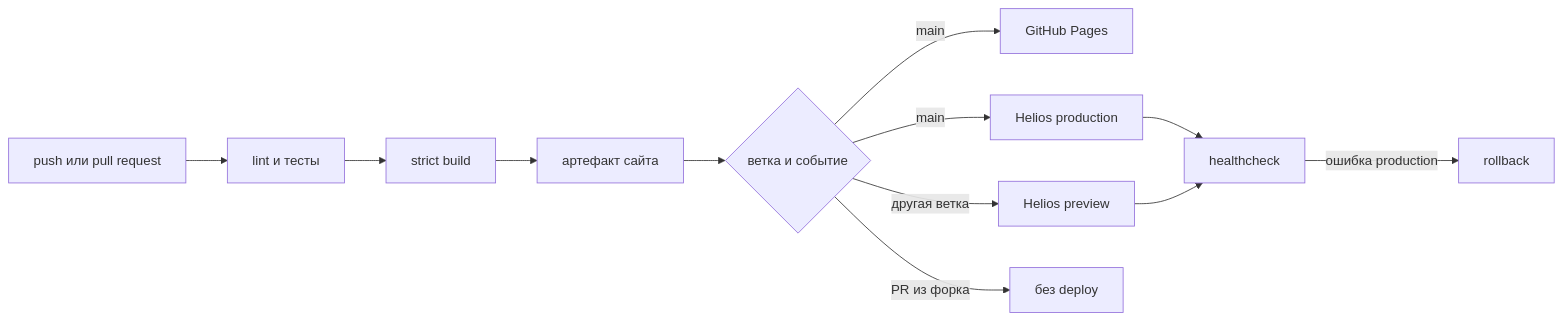
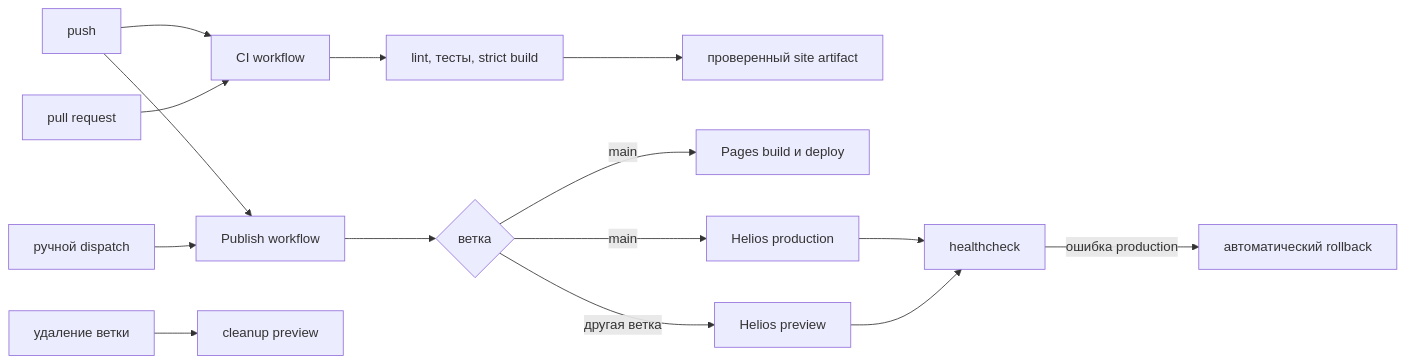
The diagram in docs/practical/p4/pipeline.md (WhoamiTitle/mkdocs-deployment-lab), drawn with Mermaid before and after one commit. The commit also changed other lines of this file and 18 other files, not shown here.

````diff
--- a/docs/practical/p4/pipeline.md
+++ b/docs/practical/p4/pipeline.md
@@ -3,14 +3,19 @@
 ```mermaid
 flowchart LR
-    A[push или pull request] --> B[lint и тесты]
-    B --> C[strict build]
-    C --> D[артефакт сайта]
-    D --> E{ветка и событие}
-    E -->|main| F[GitHub Pages]
-    E -->|main| G[Helios production]
-    E -->|другая ветка| H[Helios preview]
-    E -->|PR из форка| I[без deploy]
-    G --> J[healthcheck]
-    H --> J
-    J -->|ошибка production| K[rollback]
+    A[push] --> B[CI workflow]
+    P[pull request] --> B
+    B --> C[lint, тесты, strict build]
+    C --> D[проверенный site artifact]
+
+    A --> E[Publish workflow]
+    M[ручной dispatch] --> E
+    E --> F{ветка}
+    F -->|main| G[Pages build и deploy]
+    F -->|main| H[Helios production]
+    F -->|другая ветка| I[Helios preview]
+    H --> J[healthcheck]
+    I --> J
+    J -->|ошибка production| K[автоматический rollback]
+
+    X[удаление ветки] --> L[cleanup preview]
 ```
````
